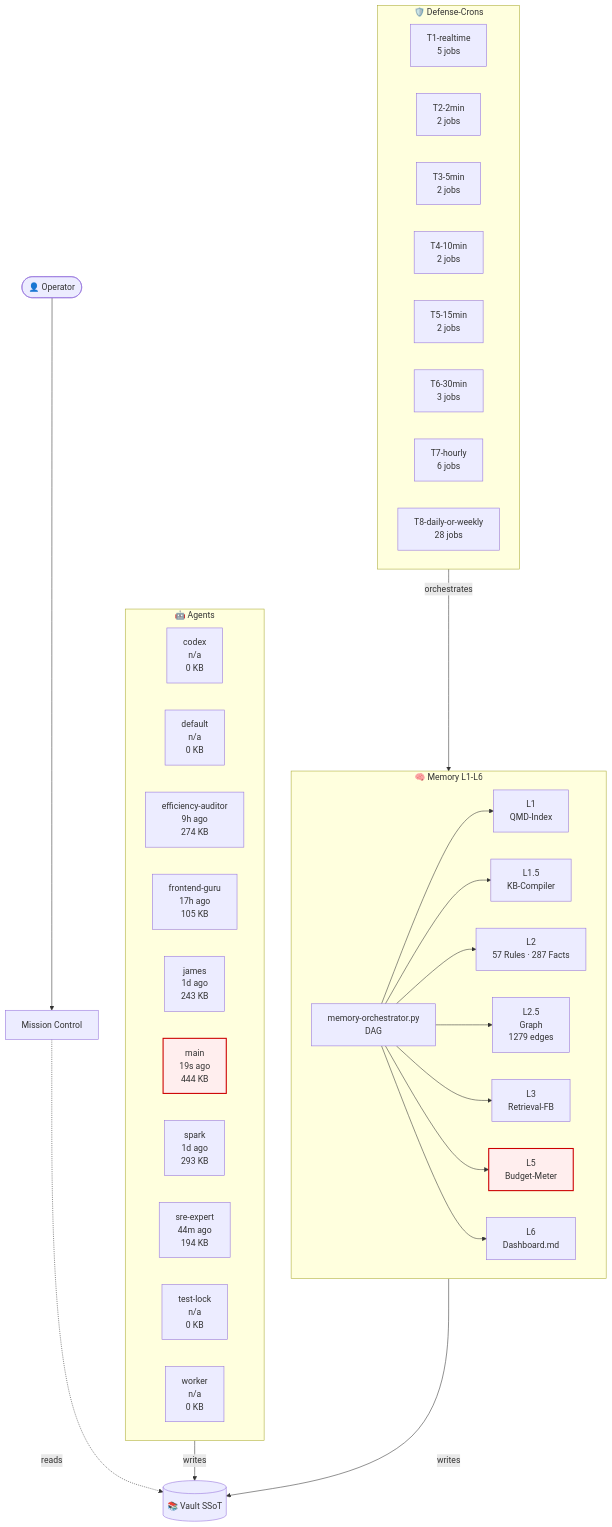
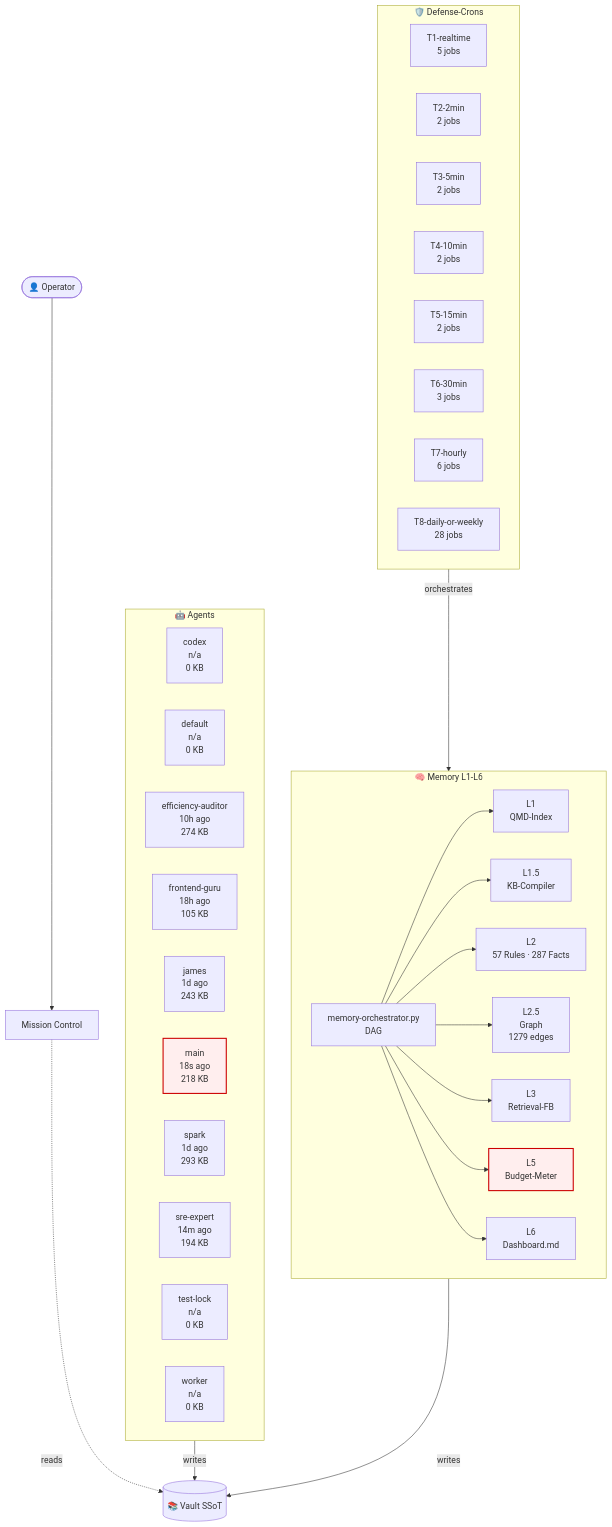
The diagram in 03-Agents/architecture-live.md (lenardhuebner88-rgb/openclaw-memory), drawn with Mermaid before and after one commit. The commit also changed other lines of this file and 2 other files, not shown here.

````diff
--- a/03-Agents/architecture-live.md
+++ b/03-Agents/architecture-live.md
@@ -18,53 +18,53 @@
 ```mermaid
 flowchart TB
     classDef critical fill:#fee,stroke:#c00,stroke-width:2px;
     subgraph AGT["🤖 Agents"]
         agent_codex["codex<br/>n/a<br/>0 KB"]
         agent_default["default<br/>n/a<br/>0 KB"]
-        agent_efficiency_auditor["efficiency-auditor<br/>9h ago<br/>274 KB"]
-        agent_frontend_guru["frontend-guru<br/>17h ago<br/>105 KB"]
+        agent_efficiency_auditor["efficiency-auditor<br/>10h ago<br/>274 KB"]
+        agent_frontend_guru["frontend-guru<br/>18h ago<br/>105 KB"]
         agent_james["james<br/>1d ago<br/>243 KB"]
-        agent_main["main<br/>19s ago<br/>444 KB"]
+        agent_main["main<br/>18s ago<br/>218 KB"]
         agent_spark["spark<br/>1d ago<br/>293 KB"]
-        agent_sre_expert["sre-expert<br/>44m ago<br/>194 KB"]
+        agent_sre_expert["sre-expert<br/>14m ago<br/>194 KB"]
         agent_test_lock["test-lock<br/>n/a<br/>0 KB"]
         agent_worker["worker<br/>n/a<br/>0 KB"]
     end
     subgraph MEM["🧠 Memory L1-L6"]
         L1["L1<br/>QMD-Index"]
         L15["L1.5<br/>KB-Compiler"]
         L2["L2<br/>57 Rules · 287 Facts"]
         L25["L2.5<br/>Graph<br/>1279 edges"]
         L3["L3<br/>Retrieval-FB"]
         L5["L5<br/>Budget-Meter"]
         L6["L6<br/>Dashboard.md"]
         ORCH["memory-orchestrator.py<br/>DAG"]
     end
     subgraph CRN["🛡️ Defense-Crons"]
         tier_T1_realtime["T1-realtime<br/>5 jobs"]
         tier_T2_2min["T2-2min<br/>2 jobs"]
         tier_T3_5min["T3-5min<br/>2 jobs"]
         tier_T4_10min["T4-10min<br/>2 jobs"]
         tier_T5_15min["T5-15min<br/>2 jobs"]
         tier_T6_30min["T6-30min<br/>3 jobs"]
         tier_T7_hourly["T7-hourly<br/>6 jobs"]
         tier_T8_daily_or_weekly["T8-daily-or-weekly<br/>28 jobs"]
     end
     VAULT[("📚 Vault SSoT")]
     OP([👤 Operator])
     MC["Mission Control"]
     OP --> MC
     MC -.reads.-> VAULT
     AGT -->|writes| VAULT
     MEM -->|writes| VAULT
     ORCH --> L1
     ORCH --> L15
     ORCH --> L2
     ORCH --> L25
     ORCH --> L3
     ORCH --> L5
     ORCH --> L6
     CRN -->|orchestrates| MEM
     class L5 critical
     class agent_main critical
 ```
````
